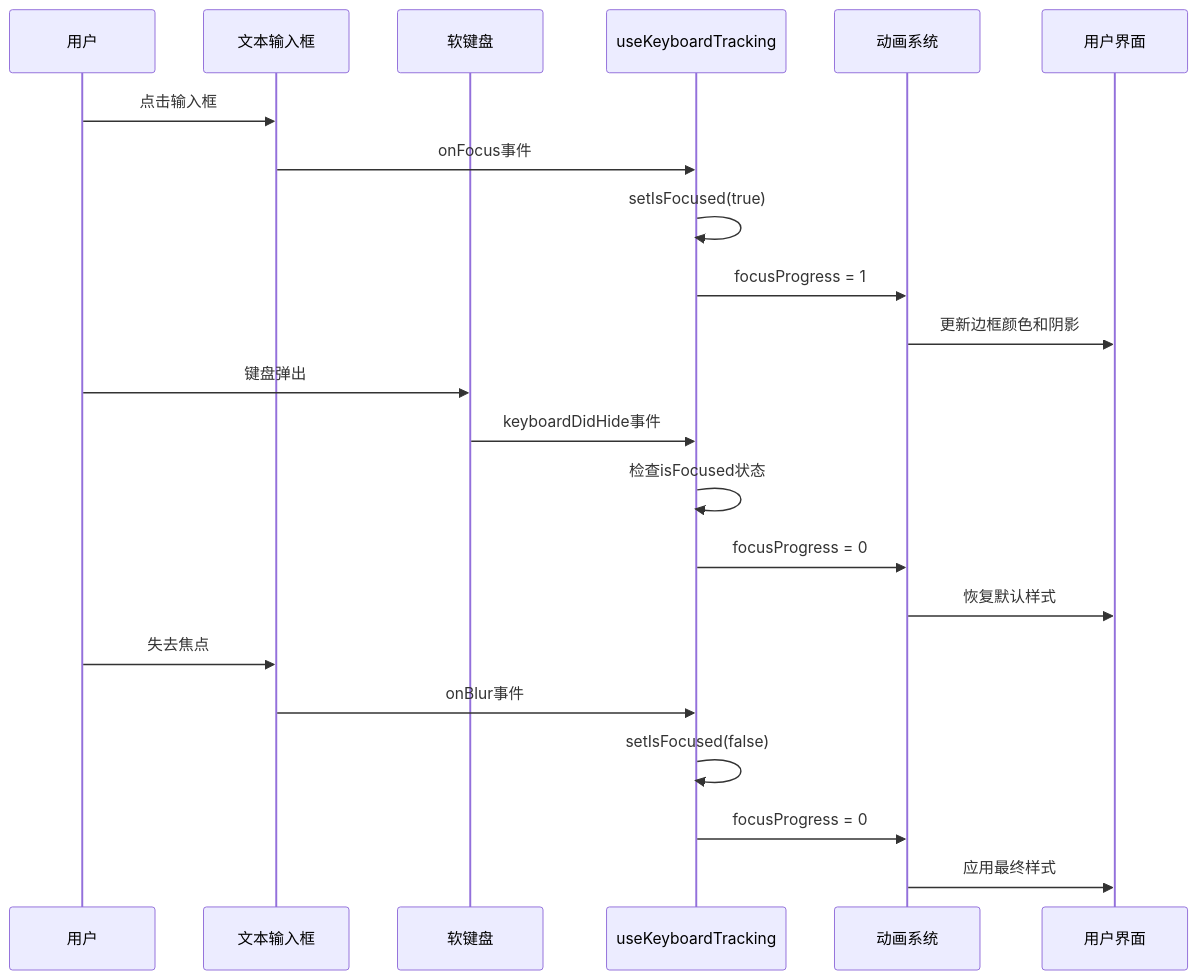
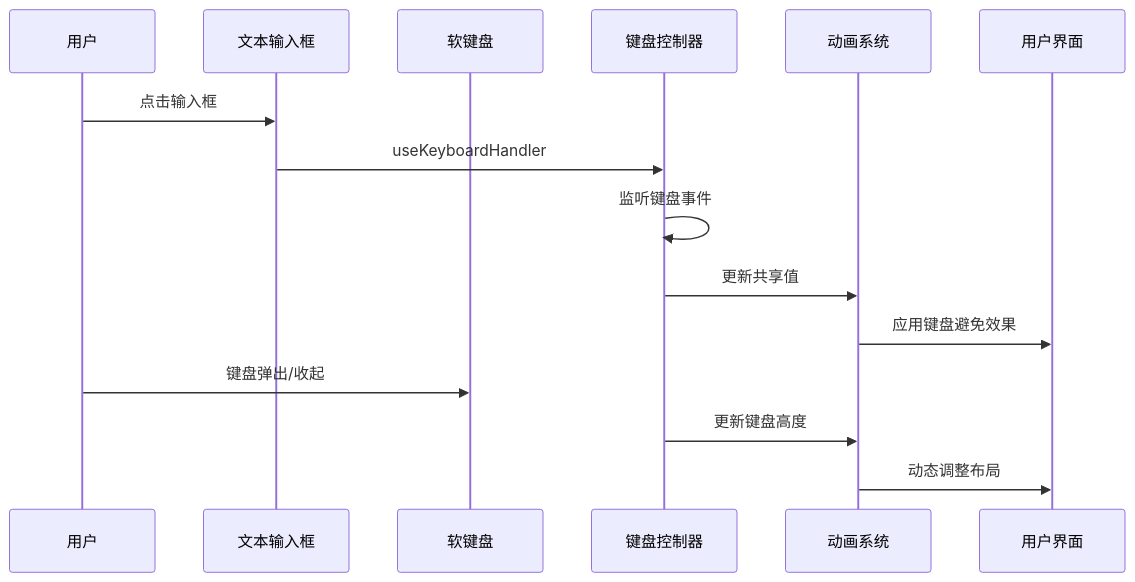
Before and after one commit to NarcisWL/Nexara: the third of 6 diagrams in .qoder/repowiki/zh/content/开发指南/键盘避免审计报告.md, drawn with Mermaid. The commit also changed other lines of this file and 19 other files, not shown here.

````diff
--- a/.qoder/repowiki/zh/content/开发指南/键盘避免审计报告.md
+++ b/.qoder/repowiki/zh/content/开发指南/键盘避免审计报告.md
@@ -149,24 +182,17 @@
 ```mermaid
 sequenceDiagram
 participant User as 用户
 participant TextInput as 文本输入框
 participant Keyboard as 软键盘
-participant Hook as useKeyboardTracking
+participant KeyboardController as 键盘控制器
 participant Animated as 动画系统
 participant UI as 用户界面
 User->>TextInput : 点击输入框
-TextInput->>Hook : onFocus事件
-Hook->>Hook : setIsFocused(true)
-Hook->>Animated : focusProgress = 1
-Animated->>UI : 更新边框颜色和阴影
-User->>Keyboard : 键盘弹出
-Keyboard->>Hook : keyboardDidHide事件
-Hook->>Hook : 检查isFocused状态
-Hook->>Animated : focusProgress = 0
-Animated->>UI : 恢复默认样式
-User->>TextInput : 失去焦点
-TextInput->>Hook : onBlur事件
-Hook->>Hook : setIsFocused(false)
-Hook->>Animated : focusProgress = 0
-Animated->>UI : 应用最终样式
+TextInput->>KeyboardController : useKeyboardHandler
+KeyboardController->>KeyboardController : 监听键盘事件
+KeyboardController->>Animated : 更新共享值
+Animated->>UI : 应用键盘避免效果
+User->>Keyboard : 键盘弹出/收起
+KeyboardController->>Animated : 更新键盘高度
+Animated->>UI : 动态调整布局
 ```
````
